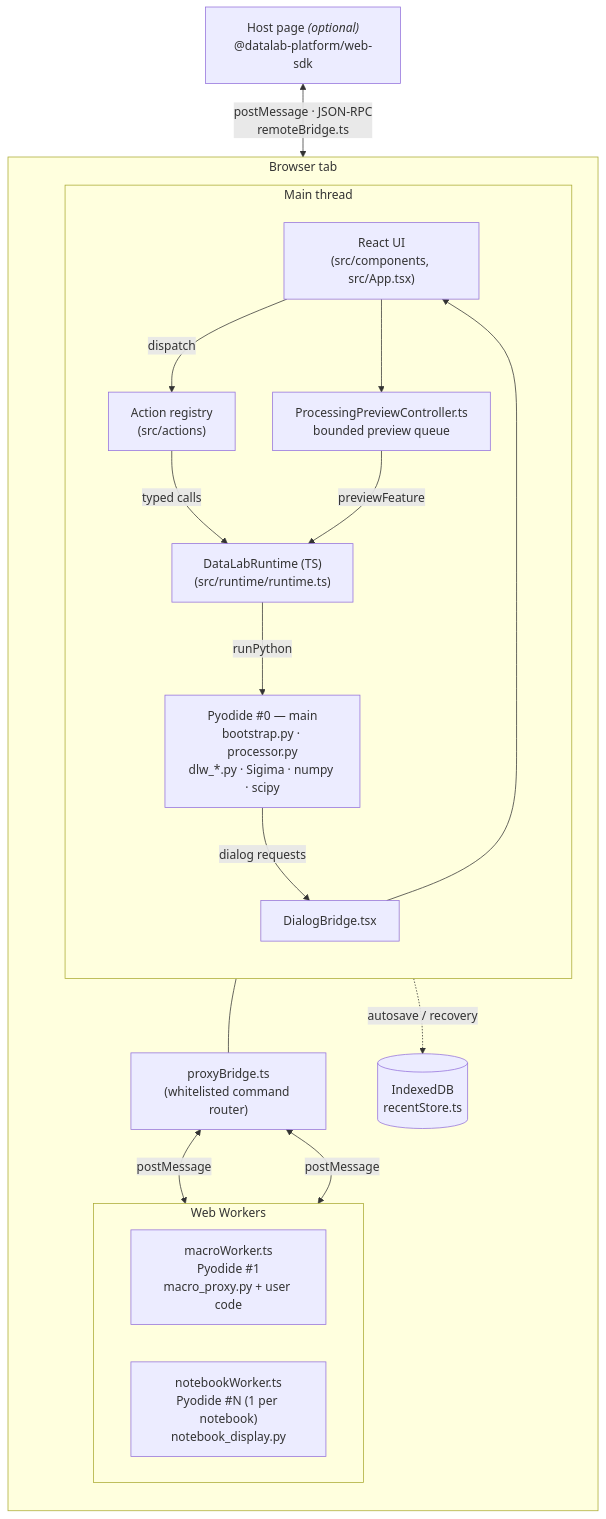
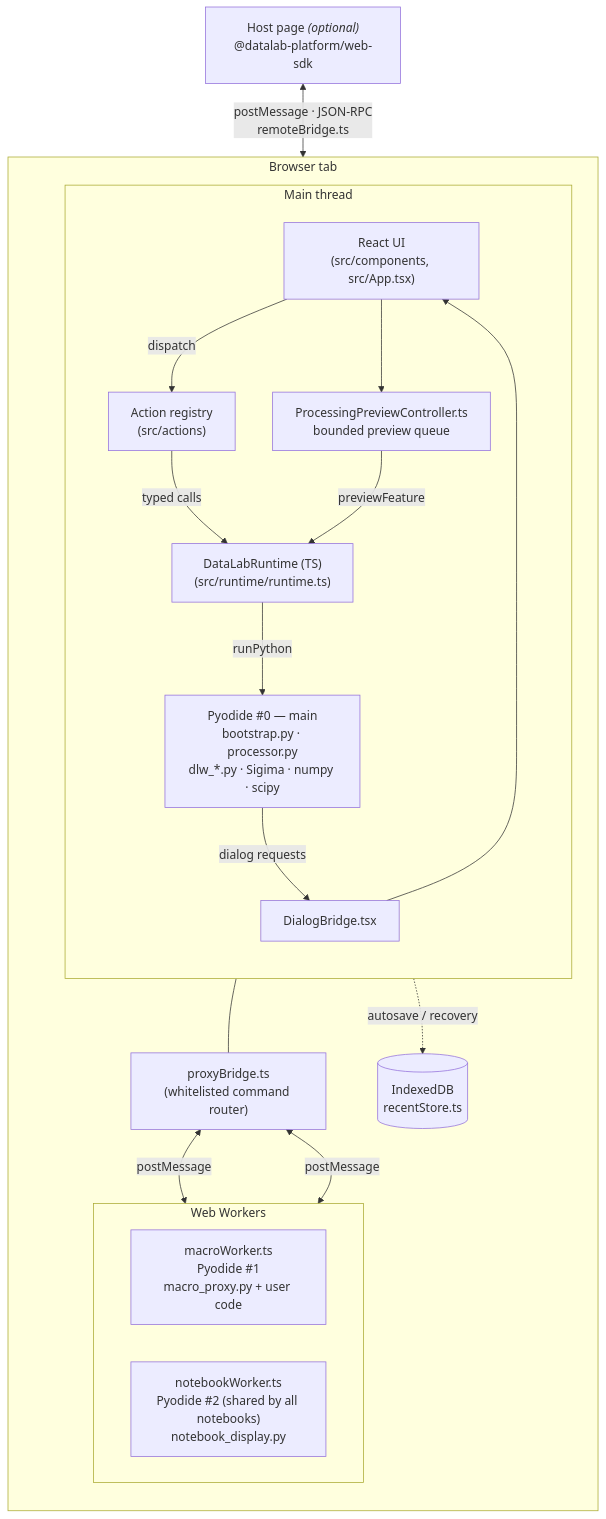
Before and after one commit to DataLab-Platform/web: the first of 8 diagrams in doc/architecture.md, drawn with Mermaid. The commit also changed other lines of this file and 27 other files, not shown here.

````diff
--- a/doc/architecture.md
+++ b/doc/architecture.md
@@ -23,43 +23,43 @@
 ```mermaid
 flowchart TB
     Host["Host page <i>(optional)</i><br/>@datalab-platform/web-sdk"]
 
     subgraph Tab["Browser tab"]
         direction TB
 
         subgraph Main["Main thread"]
             direction TB
             UI["React UI<br/>(src/components, src/App.tsx)"]
             Actions["Action registry<br/>(src/actions)"]
             DBridge["DialogBridge.tsx"]
             RT["DataLabRuntime (TS)<br/>(src/runtime/runtime.ts)"]
             Preview["ProcessingPreviewController.ts<br/>bounded preview queue"]
             Py0["Pyodide #0 — main<br/>bootstrap.py · processor.py<br/>dlw_*.py · Sigima · numpy · scipy"]
 
             UI -->|dispatch| Actions
             Actions -->|typed calls| RT
             RT -->|runPython| Py0
             UI --> Preview
             Preview -->|previewFeature| RT
             Py0 -->|dialog requests| DBridge
             DBridge --> UI
         end
 
         PB["proxyBridge.ts<br/>(whitelisted command router)"]
 
         subgraph Workers["Web Workers"]
             direction LR
             Mw["macroWorker.ts<br/>Pyodide #1<br/>macro_proxy.py + user code"]
-            Nw["notebookWorker.ts<br/>Pyodide #N (1 per notebook)<br/>notebook_display.py"]
+            Nw["notebookWorker.ts<br/>Pyodide #2 (shared by all notebooks)<br/>notebook_display.py"]
         end
 
         IDB[("IndexedDB<br/>recentStore.ts")]
 
         RT --- PB
         PB <-->|postMessage| Mw
         PB <-->|postMessage| Nw
         UI -. autosave / recovery .-> IDB
     end
 
     Host <-->|postMessage · JSON-RPC<br/>remoteBridge.ts| RT
 ```
````
